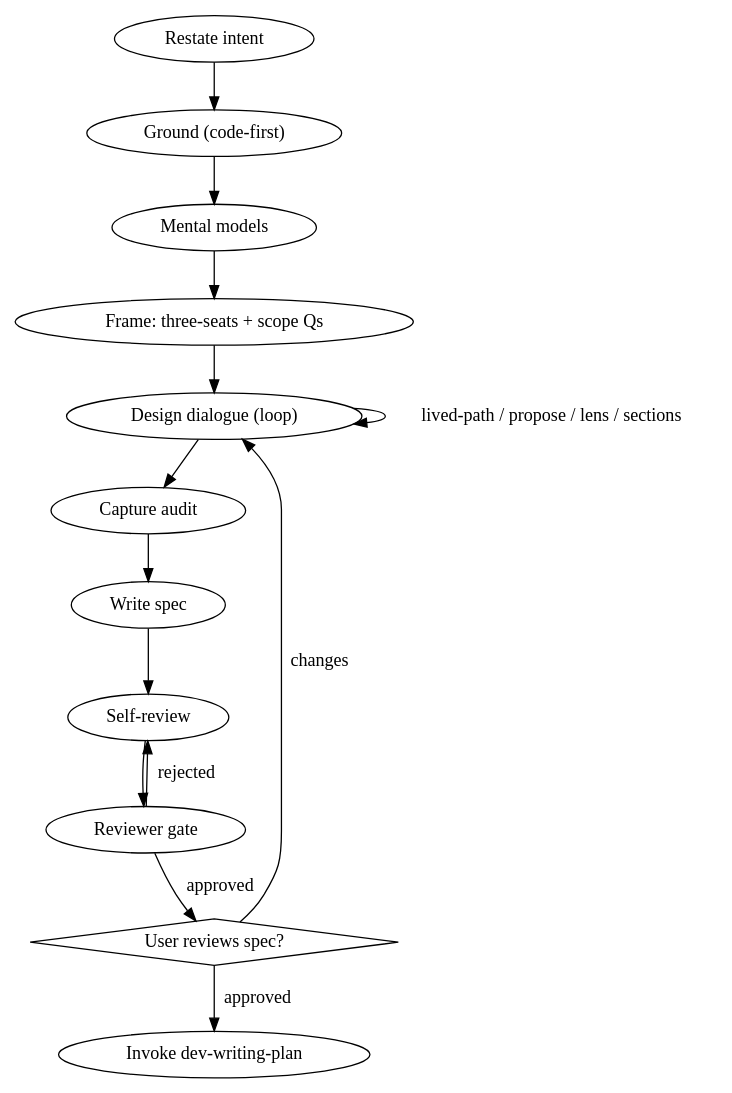
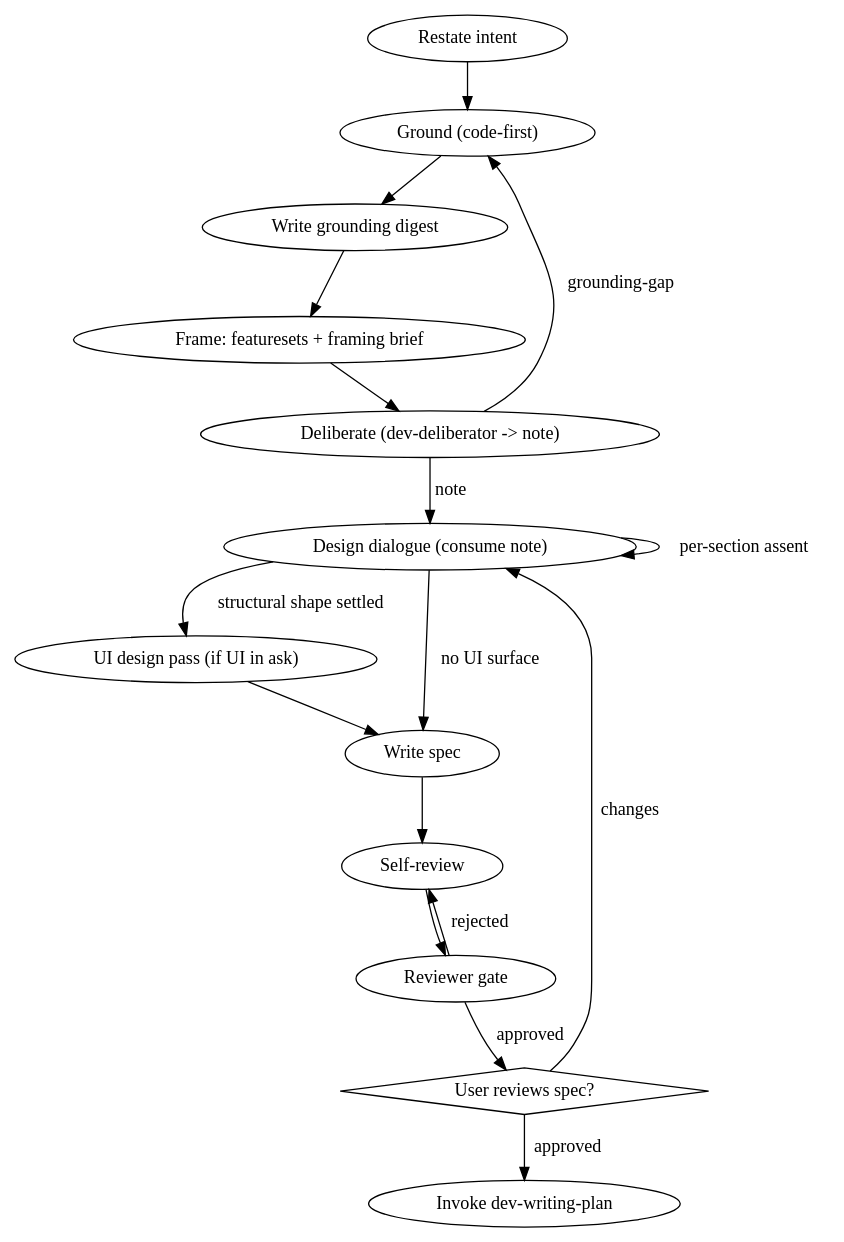
The diagram in .claude/skills/dev-brainstorm/SKILL.md (epetrusha/dev-orchestrator), drawn with Graphviz before and after one commit. The commit also changed other lines of this file and 17 other files, not shown here.

````diff
--- a/.claude/skills/dev-brainstorm/SKILL.md
+++ b/.claude/skills/dev-brainstorm/SKILL.md
@@ -75,14 +113,19 @@
 ```dot
 digraph dev_brainstorm {
-  "Restate intent" -> "Ground (code-first)" -> "Mental models" ->
-  "Frame: three-seats + scope Qs" -> "Design dialogue (loop)";
-  "Design dialogue (loop)" -> "Design dialogue (loop)" [label="lived-path / propose / lens / sections"];
-  "Design dialogue (loop)" -> "Capture audit" -> "Write spec" -> "Self-review" ->
+  "Restate intent" -> "Ground (code-first)" -> "Write grounding digest" ->
+  "Frame: featuresets + framing brief" -> "Deliberate (dev-deliberator -> note)" [shape=diamond];
+  "Deliberate (dev-deliberator -> note)" -> "Ground (code-first)" [label="grounding-gap"];
+  "Deliberate (dev-deliberator -> note)" -> "Design dialogue (consume note)" [label="note"];
+  "Design dialogue (consume note)" -> "Design dialogue (consume note)" [label="per-section assent"];
+  "Design dialogue (consume note)" -> "UI design pass (if UI in ask)" [label="structural shape settled"];
+  "UI design pass (if UI in ask)" -> "Write spec";
+  "Design dialogue (consume note)" -> "Write spec" [label="no UI surface"];
+  "Write spec" -> "Self-review" ->
   "Reviewer gate" [shape=diamond];
   "Reviewer gate" -> "Self-review" [label="rejected"];
   "Reviewer gate" -> "User reviews spec?" [label="approved"];
   "User reviews spec?" [shape=diamond];
-  "User reviews spec?" -> "Design dialogue (loop)" [label="changes"];
+  "User reviews spec?" -> "Design dialogue (consume note)" [label="changes"];
   "User reviews spec?" -> "Invoke dev-writing-plan" [label="approved"];
 }
 ```
````
